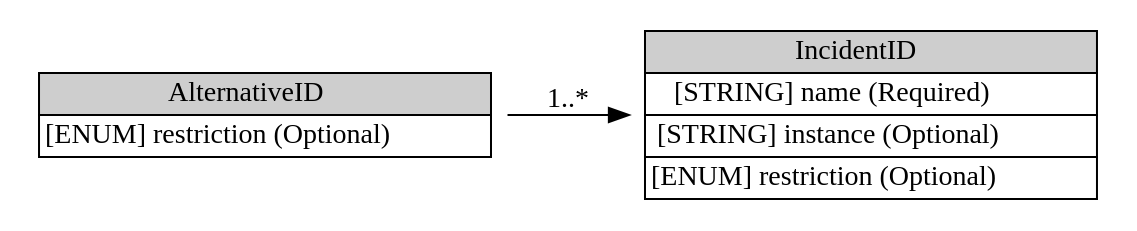
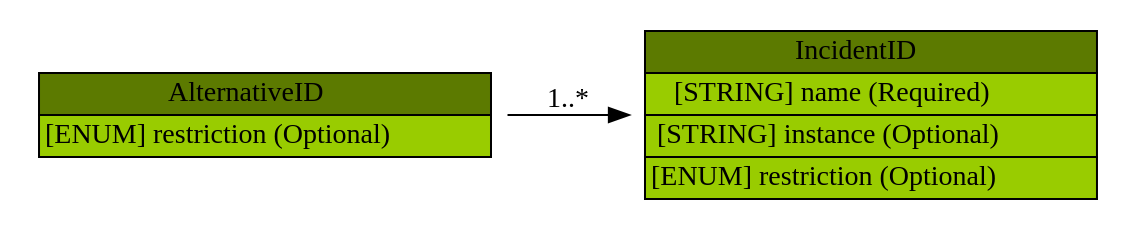
The diagram in iodef/graph/AlternativeID.dot (Moutix/idmef_parser), drawn with Graphviz before and after one commit. The commit also changed 271 other files, not shown here.

Commit message:
Add color in IODEF diagram

```diff
--- a/iodef/graph/AlternativeID.dot
+++ b/iodef/graph/AlternativeID.dot
@@ -1,8 +1,8 @@
 digraph AlternativeID {
 	graph [rankdir=LR];
 	node [label="\N"];
 	graph [bb="0,0,522,88"];
-	AlternativeID [label=<<table BORDER="0" CELLBORDER="1" CELLSPACING="0"> <tr > <td BGCOLOR="#CECECE" HREF="#" TITLE="The AlternativeID class lists the incident tracking numbers used by CSIRTs, other than the one generating the document, to refer to the identical activity described the IODEF document. A tracking number listed as an AlternativeID references the same incident detected by ">AlternativeID</td> </tr>" %<tr><td HREF="#" TITLE="This attribute has been defined in Section 3.2.">[ENUM] restriction (Optional) </td></tr>%</table>>, shape=plaintext, pos="115,44", width="3.1667", height="0.68056"];
-	IncidentID [label=<<table BORDER="0" CELLBORDER="1" CELLSPACING="0"> <tr > <td BGCOLOR="#CECECE" HREF="#" TITLE="The IncidentID class represents an incident tracking number that is unique in the context of the CSIRT and identifies the activity characterized in an IODEF Document. This identifier would serve as an index into the CSIRT incident handling system. The combination of the name attribute and the string in the element content MUST be a globally unique identifier describing the activity. Documents generated by a given CSIRT MUST NOT reuse the same value unless they are referencing the same incident. ">IncidentID</td> </tr>" %<tr><td HREF="#" TITLE="An identifier describing the CSIRT that created the document.  In order to have a globally unique CSIRT name, the fully qualified domain name associated with the CSIRT MUST be used.">[STRING] name (Required) </td></tr>%<tr><td HREF="#" TITLE="An identifier referencing a subset of the named incident.">[STRING] instance (Optional) </td></tr>%<tr><td HREF="#" TITLE="This attribute has been defined in Section 3.2.">[ENUM] restriction (Optional) </td></tr>%</table>>, shape=plaintext, pos="407,44", width="3.1667", height="1.2361"];
+	AlternativeID [label=<<table BORDER="0" CELLBORDER="1" CELLSPACING="0"> <tr > <td BGCOLOR="#5c7a00" HREF="#" TITLE="The AlternativeID class lists the incident tracking numbers used by CSIRTs, other than the one generating the document, to refer to the identical activity described the IODEF document. A tracking number listed as an AlternativeID references the same incident detected by ">AlternativeID</td> </tr>" %<tr><td BGCOLOR="#99CC00" HREF="#" TITLE="This attribute has been defined in Section 3.2.">[ENUM] restriction (Optional) </td></tr>%</table>>, shape=plaintext, pos="115,44", width="3.1667", height="0.68056"];
+	IncidentID [label=<<table BORDER="0" CELLBORDER="1" CELLSPACING="0"> <tr > <td BGCOLOR="#5c7a00" HREF="#" TITLE="The IncidentID class represents an incident tracking number that is unique in the context of the CSIRT and identifies the activity characterized in an IODEF Document. This identifier would serve as an index into the CSIRT incident handling system. The combination of the name attribute and the string in the element content MUST be a globally unique identifier describing the activity. Documents generated by a given CSIRT MUST NOT reuse the same value unless they are referencing the same incident. ">IncidentID</td> </tr>" %<tr><td BGCOLOR="#99CC00" HREF="#" TITLE="An identifier describing the CSIRT that created the document.  In order to have a globally unique CSIRT name, the fully qualified domain name associated with the CSIRT MUST be used.">[STRING] name (Required) </td></tr>%<tr><td BGCOLOR="#99CC00" HREF="#" TITLE="An identifier referencing a subset of the named incident.">[STRING] instance (Optional) </td></tr>%<tr><td BGCOLOR="#99CC00" HREF="#" TITLE="This attribute has been defined in Section 3.2.">[ENUM] restriction (Optional) </td></tr>%</table>>, shape=plaintext, pos="407,44", width="3.1667", height="1.2361"];
 	AlternativeID -> IncidentID [label="1..*", pos="e,292.28,44 229.57,44 246.8,44 264.64,44 282.07,44", lp="261,52.5"];
 }
```
